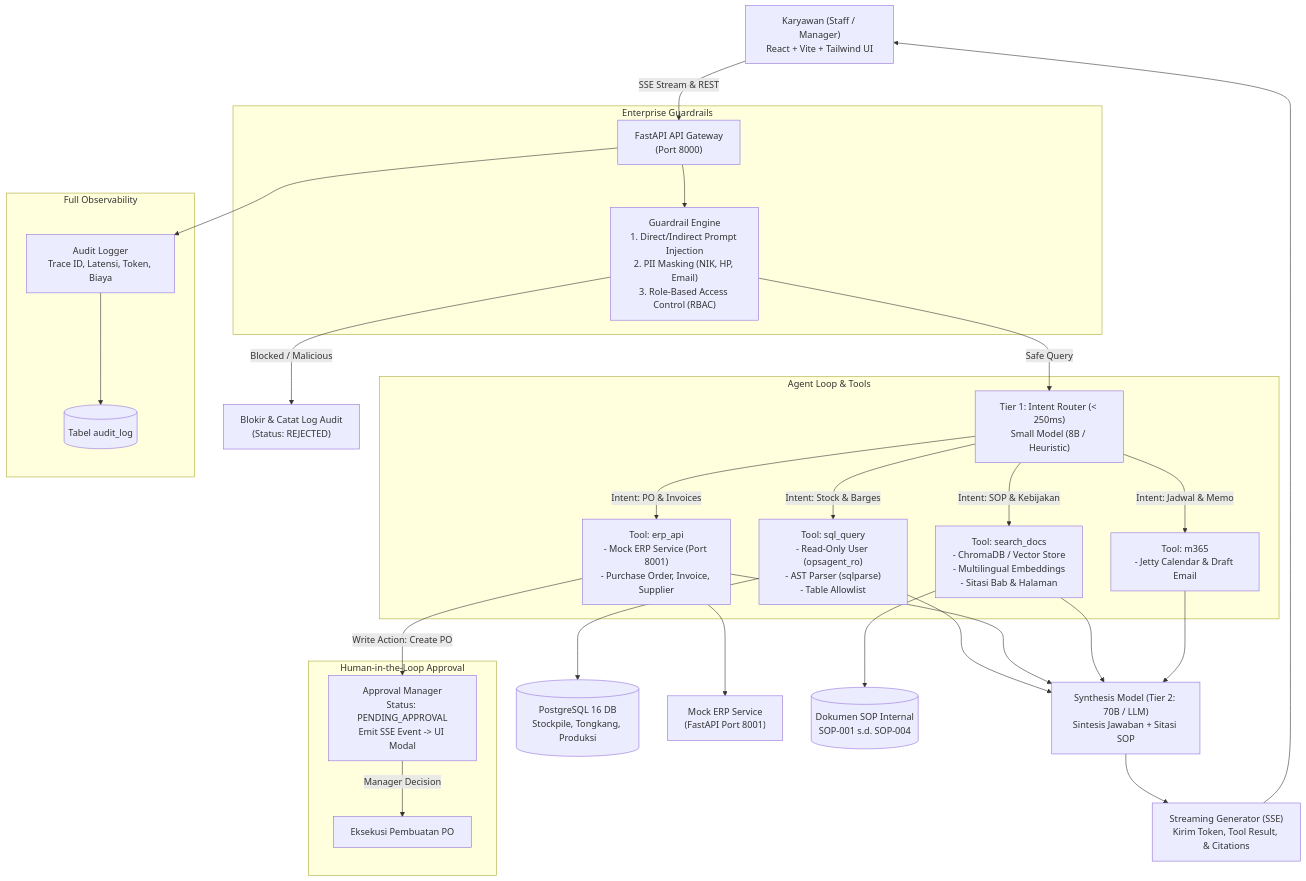
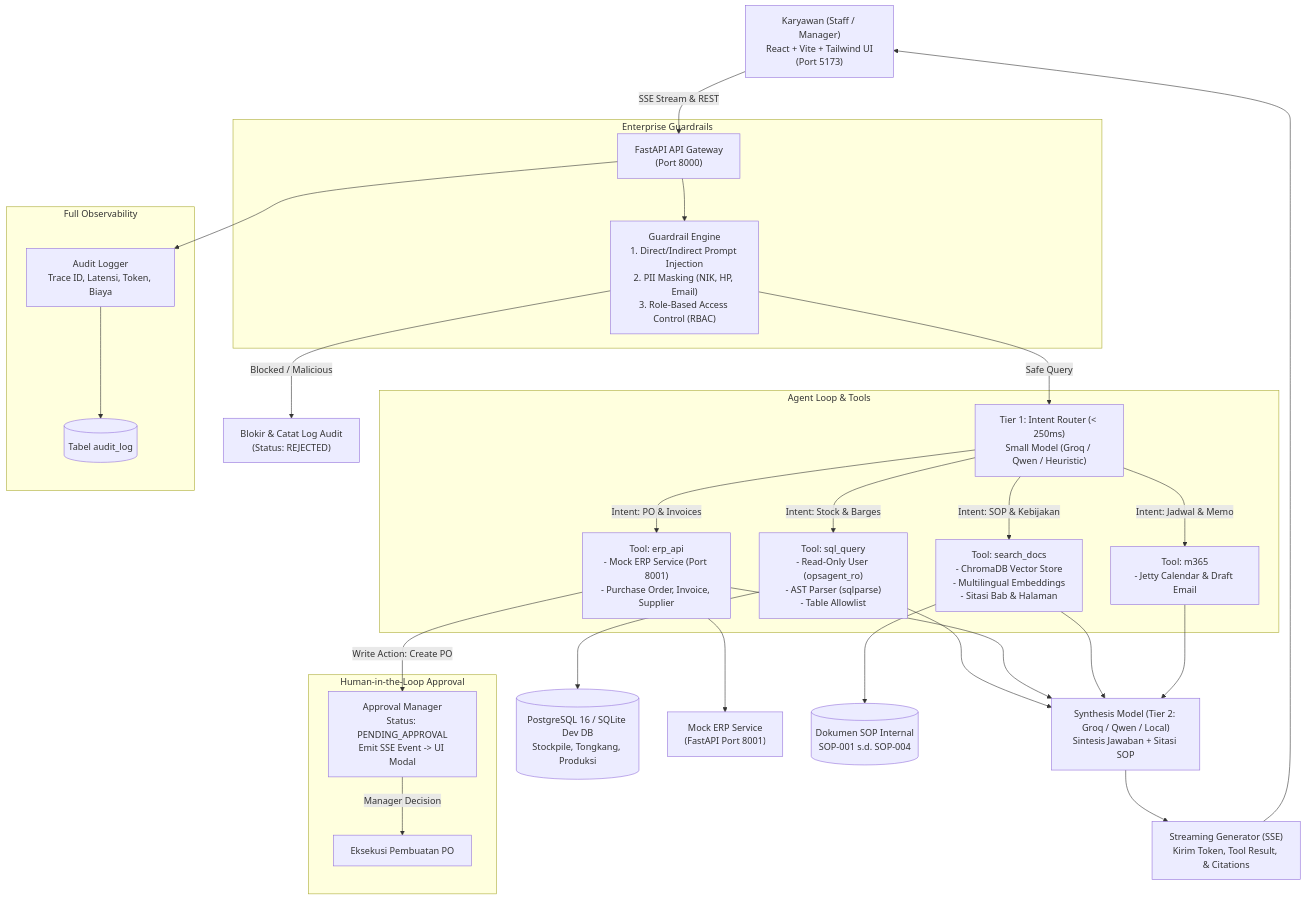
One commit to alkafnabil/opsagent-enterprise changed the diagram in README.md. Above: the diagram before and after it, drawn with Mermaid. The commit also changed other lines of this file, not shown here.

Commit message:
docs: update README.md with one-command runner, sqlite seeder, system verifier, and multi-provider llm guide

````diff
--- a/README.md
+++ b/README.md
@@ -22,41 +22,41 @@
 ```mermaid
 graph TD
-    User["Karyawan (Staff / Manager)\nReact + Vite + Tailwind UI"] -->|SSE Stream & REST| Gateway["FastAPI API Gateway\n(Port 8000)"]
+    User["Karyawan (Staff / Manager)\nReact + Vite + Tailwind UI\n(Port 5173)"] -->|SSE Stream & REST| Gateway["FastAPI API Gateway\n(Port 8000)"]
     
     subgraph Enterprise Guardrails
         Gateway --> Guardrails["Guardrail Engine\n1. Direct/Indirect Prompt Injection\n2. PII Masking (NIK, HP, Email)\n3. Role-Based Access Control (RBAC)"]
     end
 
     Guardrails -->|Blocked / Malicious| DirectRejection["Blokir & Catat Log Audit\n(Status: REJECTED)"]
-    Guardrails -->|Safe Query| RouterTier["Tier 1: Intent Router (< 250ms)\nSmall Model (8B / Heuristic)"]
+    Guardrails -->|Safe Query| RouterTier["Tier 1: Intent Router (< 250ms)\nSmall Model (Groq / Qwen / Heuristic)"]
 
     subgraph Agent Loop & Tools
         RouterTier -->|Intent: Stock & Barges| SQLTool["Tool: sql_query\n- Read-Only User (opsagent_ro)\n- AST Parser (sqlparse)\n- Table Allowlist"]
         RouterTier -->|Intent: PO & Invoices| ERPTool["Tool: erp_api\n- Mock ERP Service (Port 8001)\n- Purchase Order, Invoice, Supplier"]
-        RouterTier -->|Intent: SOP & Kebijakan| RAGTool["Tool: search_docs\n- ChromaDB / Vector Store\n- Multilingual Embeddings\n- Sitasi Bab & Halaman"]
+        RouterTier -->|Intent: SOP & Kebijakan| RAGTool["Tool: search_docs\n- ChromaDB Vector Store\n- Multilingual Embeddings\n- Sitasi Bab & Halaman"]
         RouterTier -->|Intent: Jadwal & Memo| M365Tool["Tool: m365\n- Jetty Calendar & Draft Email"]
     end
 
     subgraph Human-in-the-Loop Approval
         ERPTool -->|Write Action: Create PO| ApprovalMgr["Approval Manager\nStatus: PENDING_APPROVAL\nEmit SSE Event -> UI Modal"]
         ApprovalMgr -->|Manager Decision| ERPExecute["Eksekusi Pembuatan PO"]
     end
 
-    SQLTool --> Database[("PostgreSQL 16 DB\nStockpile, Tongkang, Produksi")]
+    SQLTool --> Database[("PostgreSQL 16 / SQLite Dev DB\nStockpile, Tongkang, Produksi")]
     ERPTool --> MockERP["Mock ERP Service\n(FastAPI Port 8001)"]
     RAGTool --> SOPDocs[("Dokumen SOP Internal\nSOP-001 s.d. SOP-004")]
 
-    AgentLoopFinal["Synthesis Model (Tier 2: 70B / LLM)\nSintesis Jawaban + Sitasi SOP"]
+    AgentLoopFinal["Synthesis Model (Tier 2: Groq / Qwen / Local)\nSintesis Jawaban + Sitasi SOP"]
     SQLTool --> AgentLoopFinal
     ERPTool --> AgentLoopFinal
     RAGTool --> AgentLoopFinal
     M365Tool --> AgentLoopFinal
 
     AgentLoopFinal --> SSEStream["Streaming Generator (SSE)\nKirim Token, Tool Result, & Citations"]
     SSEStream --> User
 
     subgraph Full Observability
         Gateway --> AuditLogger["Audit Logger\nTrace ID, Latensi, Token, Biaya"]
         AuditLogger --> AuditTable[("Tabel audit_log")]
     end
 ```
````
